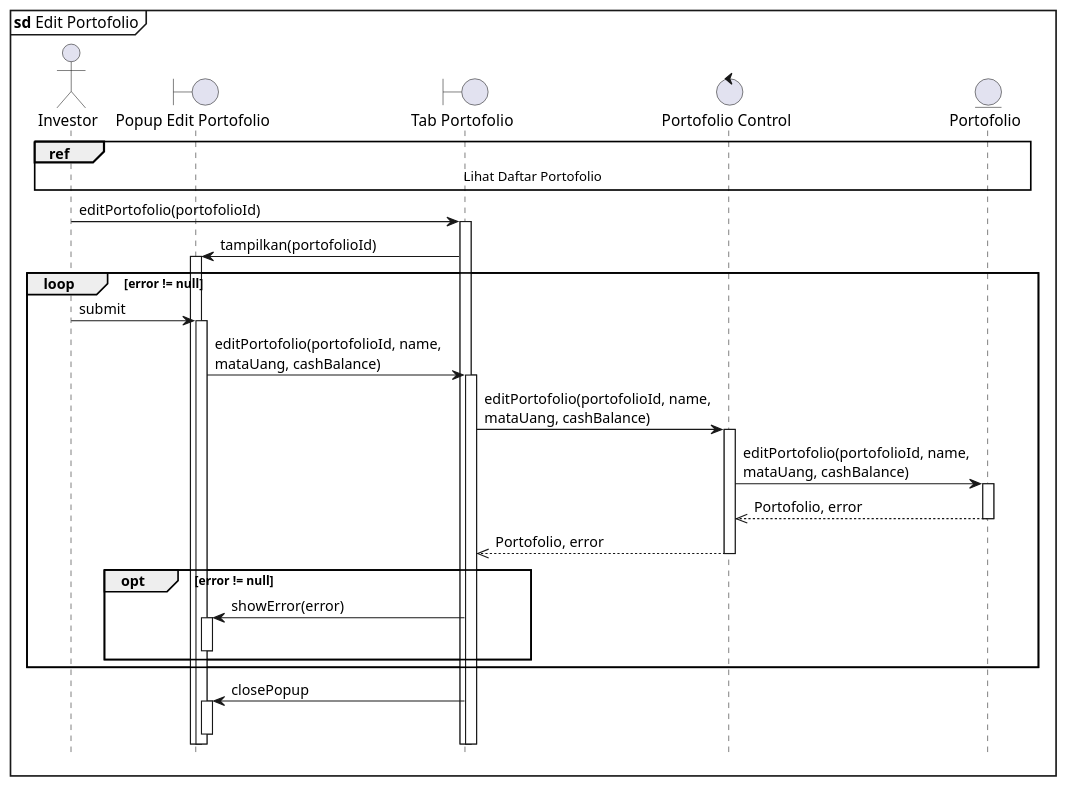
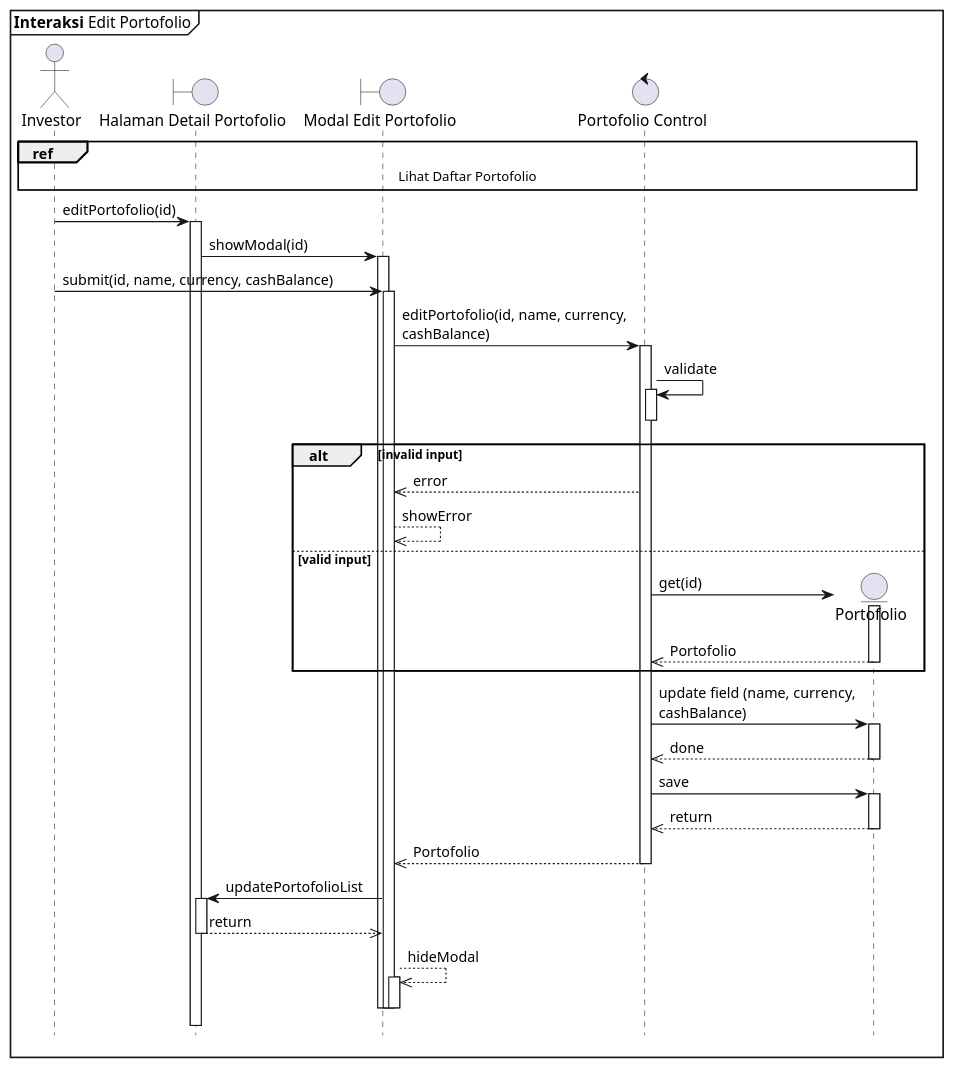
The diagram in sequence/edit-portofolio.puml (clarestarahma/manajemen-investasi), drawn with PlantUML before and after one commit. The commit also changed 18 other files, not shown here.

Commit message:
merubah sebagian besar sequence diagram

```diff
--- a/sequence/edit-portofolio.puml
+++ b/sequence/edit-portofolio.puml
@@ -1,37 +1,74 @@
 @startuml Sequence
 
 skinparam maxMessageSize 250
+hide footbox
 
-hide footbox
-autoactivate on
-
-mainframe **sd** Edit Portofolio
+mainframe **Interaksi** Edit Portofolio
 
 actor Investor as I
-boundary "Popup Edit Portofolio" as PEP
-boundary "Tab Portofolio" as TP
+boundary "Halaman Detail Portofolio" as HDP
+boundary "Modal Edit Portofolio" as MEP
 control "Portofolio Control" as PC
 entity "Portofolio" as P
 
 ref over I, P : Lihat Daftar Portofolio
 
-I -> TP : editPortofolio(portofolioId)
-TP -> PEP : tampilkan(portofolioId)
+' User opens the portfolio modal
+I -> HDP : editPortofolio(id)
+activate HDP
 
-loop error != null
-  I -> PEP : submit
-  PEP -> TP : editPortofolio(portofolioId, name, mataUang, cashBalance)
-  TP -> PC : editPortofolio(portofolioId, name, mataUang, cashBalance)
-  PC -> P : editPortofolio(portofolioId, name, mataUang, cashBalance)
-  P -->> PC : Portofolio, error
-  PC -->> TP : Portofolio, error
+HDP -> MEP : showModal(id)
+activate MEP
 
-  opt error != null
-    TP -> PEP : showError(error)
-    deactivate PEP
-  end
+' User submits form
+I -> MEP : submit(id, name, currency, cashBalance)
+activate MEP
+
+MEP -> PC : editPortofolio(id, name, currency, cashBalance)
+activate PC
+
+'Validation step
+PC -> PC : validate
+activate PC
+deactivate PC
+
+alt invalid input
+  PC -->> MEP : error
+  MEP -->> MEP : showError
+else valid input
+  PC -> P ** : get(id)
+  activate P
+
+  P -->> PC : Portofolio
+  deactivate P
 end
 
-TP -> PEP : closePopup
-deactivate PEP
+  PC -> P : update field (name, currency, cashBalance)
+  activate P
+
+  P -->> PC : done
+  deactivate P
+
+  PC -> P : save
+  activate P
+
+  P -->> PC : return
+  deactivate P
+
+  PC -->> MEP : Portofolio
+  deactivate PC
+
+  'Update UI and close modal
+  MEP -> HDP : updatePortofolioList
+  activate HDP
+
+  HDP -->> MEP : return
+  deactivate HDP
+
+  MEP -->> MEP : hideModal
+  activate MEP
+  deactivate MEP
+  deactivate MEP
+  deactivate MEP
+
 @enduml
```
